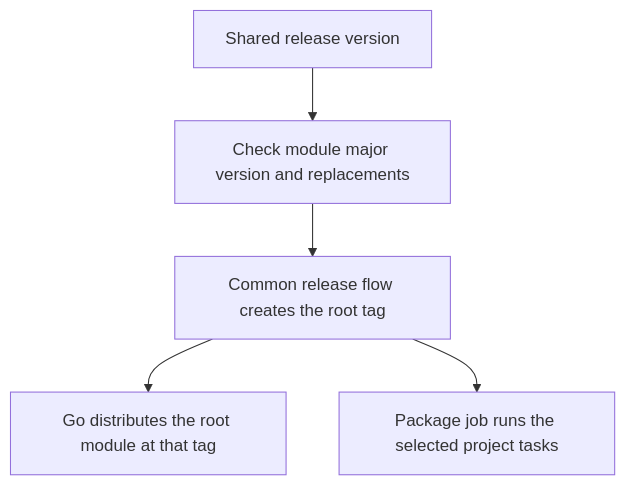
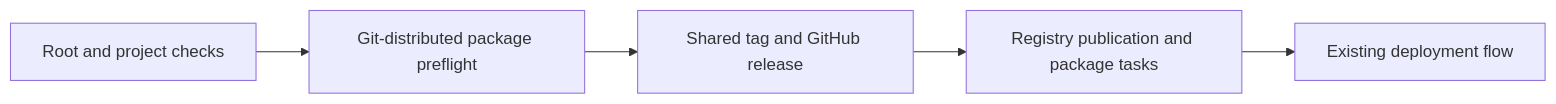
The fourth of 4 diagrams in docs/modules/package-manager.md (cloudvoyant/premise), drawn with Mermaid before and after one commit. The commit also changed other lines of this file and 18 other files, not shown here.

````diff
--- a/docs/modules/package-manager.md
+++ b/docs/modules/package-manager.md
@@ -152,7 +92,7 @@
 ```mermaid
-flowchart TD
-    Plan["Shared release version"] --> Module["Check module major version and replacements"]
-    Module --> Tag["Common release flow creates the root tag"]
-    Tag --> Source["Go distributes the root module at that tag"]
-    Tag --> Tasks["Package job runs the selected project tasks"]
+flowchart LR
+    Checks["Root and project checks"] --> Preflight["Git-distributed package preflight"]
+    Preflight --> Tag["Shared tag and GitHub release"]
+    Tag --> Packages["Registry publication and package tasks"]
+    Packages --> Deploy["Existing deployment flow"]
 ```
````
